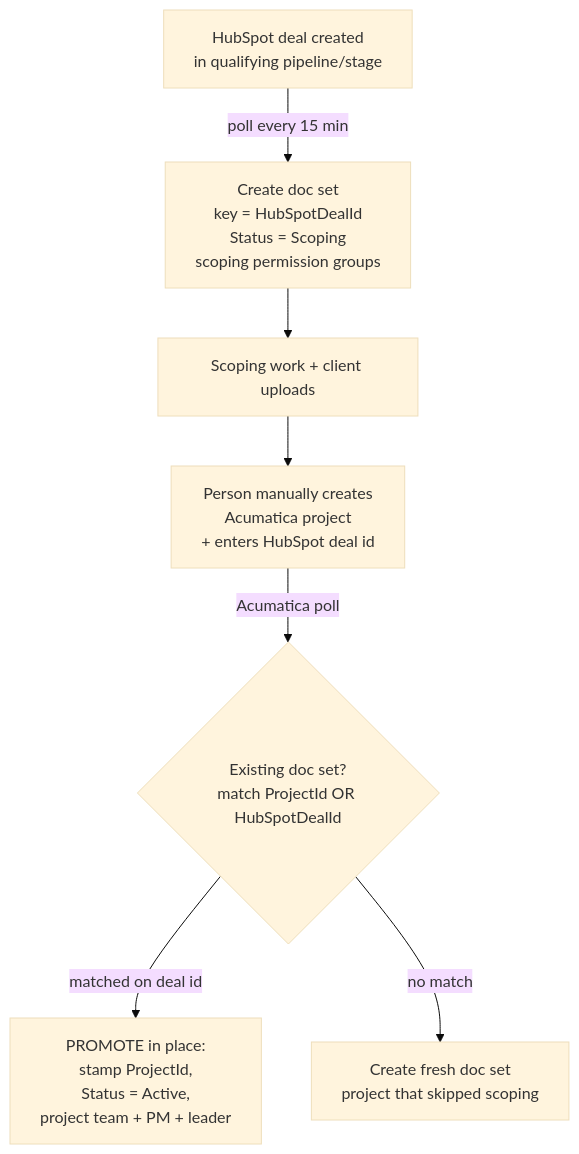
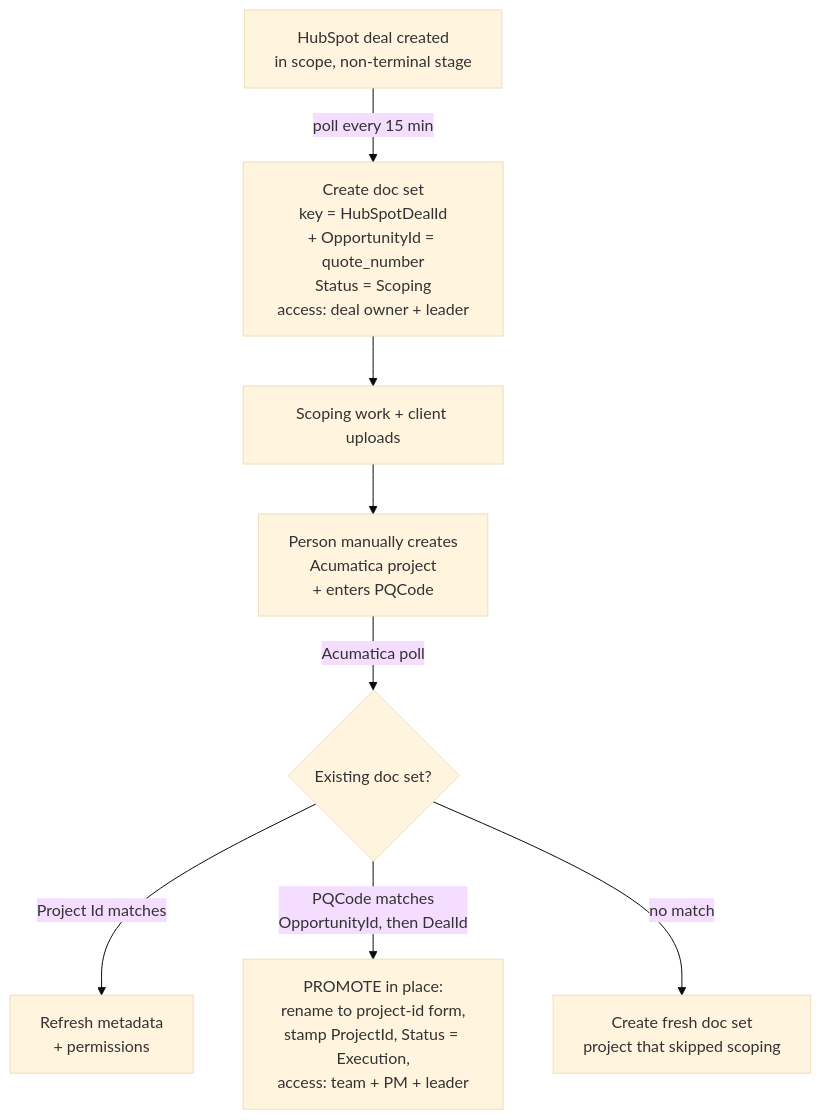
One commit to jparks-marshall-stevens/acumatica-sharepoint-project-creation changed the diagram in docs/hubspot-scoping-integration.md. Above: the diagram before and after it, drawn with Mermaid (base theme). The commit also changed other lines of this file and 21 other files, not shown here.

First line of the commit message:
Link HubSpot scoping workspaces to Acumatica projects (promote in place)

````diff
--- a/docs/hubspot-scoping-integration.md
+++ b/docs/hubspot-scoping-integration.md
@@ -27,9 +30,10 @@
 ```mermaid
 flowchart TD
-    A[HubSpot deal created<br/>in qualifying pipeline/stage] -->|poll every 15 min| B[Create doc set<br/>key = HubSpotDealId<br/>Status = Scoping<br/>scoping permission groups]
+    A[HubSpot deal created<br/>in scope, non-terminal stage] -->|poll every 15 min| B[Create doc set<br/>key = HubSpotDealId<br/>+ OpportunityId = quote_number<br/>Status = Scoping<br/>access: deal owner + leader]
     B --> C[Scoping work + client uploads]
-    C --> D[Person manually creates<br/>Acumatica project<br/>+ enters HubSpot deal id]
-    D -->|Acumatica poll| E{Existing doc set?<br/>match ProjectId OR HubSpotDealId}
-    E -->|matched on deal id| F[PROMOTE in place:<br/>stamp ProjectId,<br/>Status = Active,<br/>project team + PM + leader]
+    C --> D[Person manually creates<br/>Acumatica project<br/>+ enters PQCode]
+    D -->|Acumatica poll| E{Existing doc set?}
+    E -->|Project Id matches| H[Refresh metadata<br/>+ permissions]
+    E -->|PQCode matches<br/>OpportunityId, then DealId| F[PROMOTE in place:<br/>rename to project-id form,<br/>stamp ProjectId, Status = Execution,<br/>access: team + PM + leader]
     E -->|no match| G[Create fresh doc set<br/>project that skipped scoping]
 ```
````
